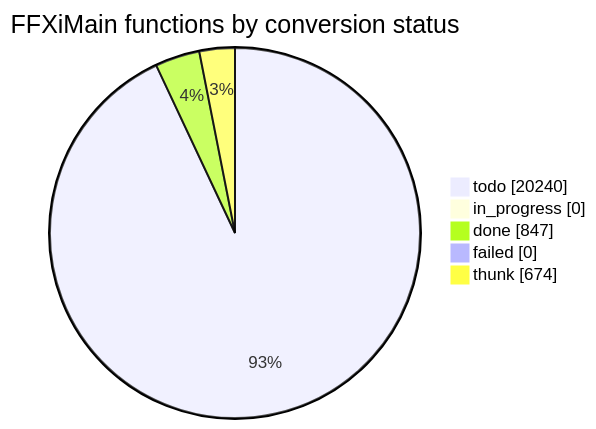
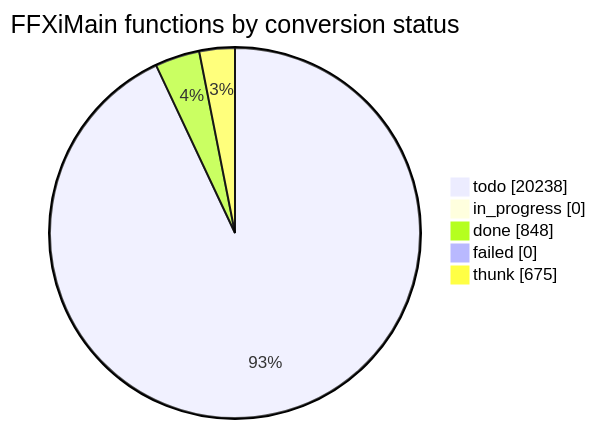
The diagram in docs/cow/STATUS.md (cowrevenge/cow_kuluu_xi_anything), drawn with Mermaid before and after one commit. The commit also changed other lines of this file and 9 other files, not shown here.

````diff
--- a/docs/cow/STATUS.md
+++ b/docs/cow/STATUS.md
@@ -18,9 +18,9 @@
 ```mermaid
 pie showData
     title FFXiMain functions by conversion status
-    "todo" : 20240
+    "todo" : 20238
     "in_progress" : 0
-    "done" : 847
+    "done" : 848
     "failed" : 0
-    "thunk" : 674
+    "thunk" : 675
 ```
````
